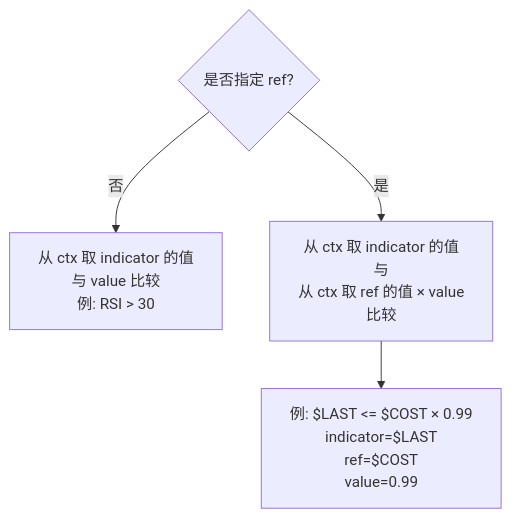
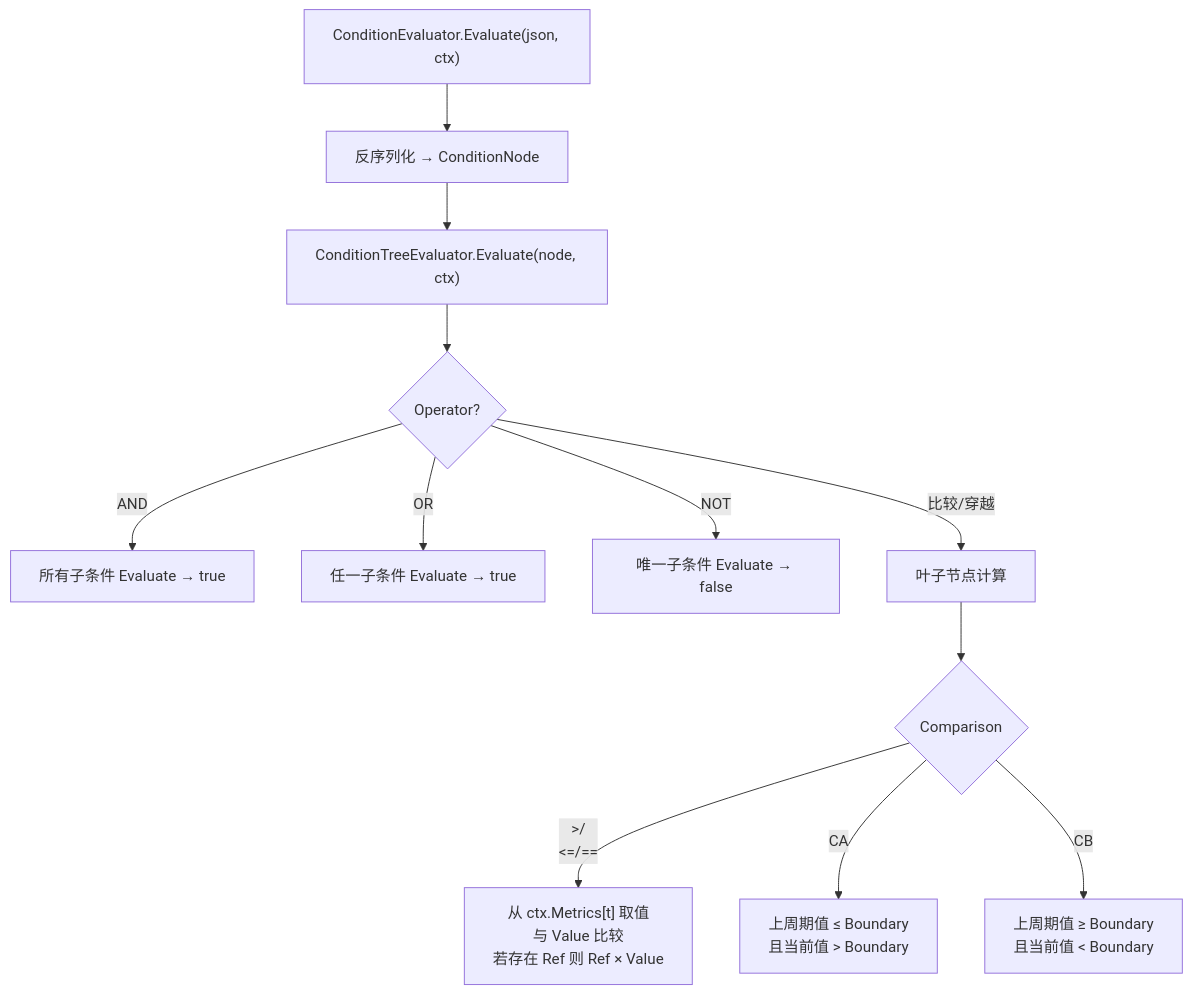
Before and after one commit to bambuo/TradeX: the fourth of 8 diagrams in docs/策略引擎工作流程.md, drawn with Mermaid. The commit also changed other lines of this file and 97 other files, not shown here.

````diff
--- a/docs/策略引擎工作流程.md
+++ b/docs/策略引擎工作流程.md
@@ -386,6 +188,16 @@
 ```mermaid
 flowchart TD
-    A{"是否指定 ref?"} -->|否| B["从 ctx 取 indicator 的值<br/>与 value 比较<br/>例: RSI > 30"]
-    A -->|是| C["从 ctx 取 indicator 的值<br/>与<br/>从 ctx 取 ref 的值 × value<br/>比较"]
-    C --> D["例: $LAST <= $COST × 0.99<br/>indicator=$LAST<br/>ref=$COST<br/>value=0.99"]
+    A["ConditionEvaluator.Evaluate(json, ctx)"] --> B["反序列化 → ConditionNode"]
+    B --> C["ConditionTreeEvaluator.Evaluate(node, ctx)"]
+    
+    C --> OP{"Operator?"}
+    OP -->|AND| AND["所有子条件 Evaluate → true"]
+    OP -->|OR| OR["任一子条件 Evaluate → true"]
+    OP -->|NOT| NOT["唯一子条件 Evaluate → false"]
+    OP -->|比较/穿越| LEAF["叶子节点计算"]
+    
+    LEAF --> COMP{"Comparison"}
+    COMP -->|">/<br/><=/=="| CMP["从 ctx.Metrics[t] 取值<br/>与 Value 比较<br/>若存在 Ref 则 Ref × Value"]
+    COMP -->|CA| CA["上周期值 ≤ Boundary<br/>且当前值 > Boundary"]
+    COMP -->|CB| CB["上周期值 ≥ Boundary<br/>且当前值 < Boundary"]
 ```
````
